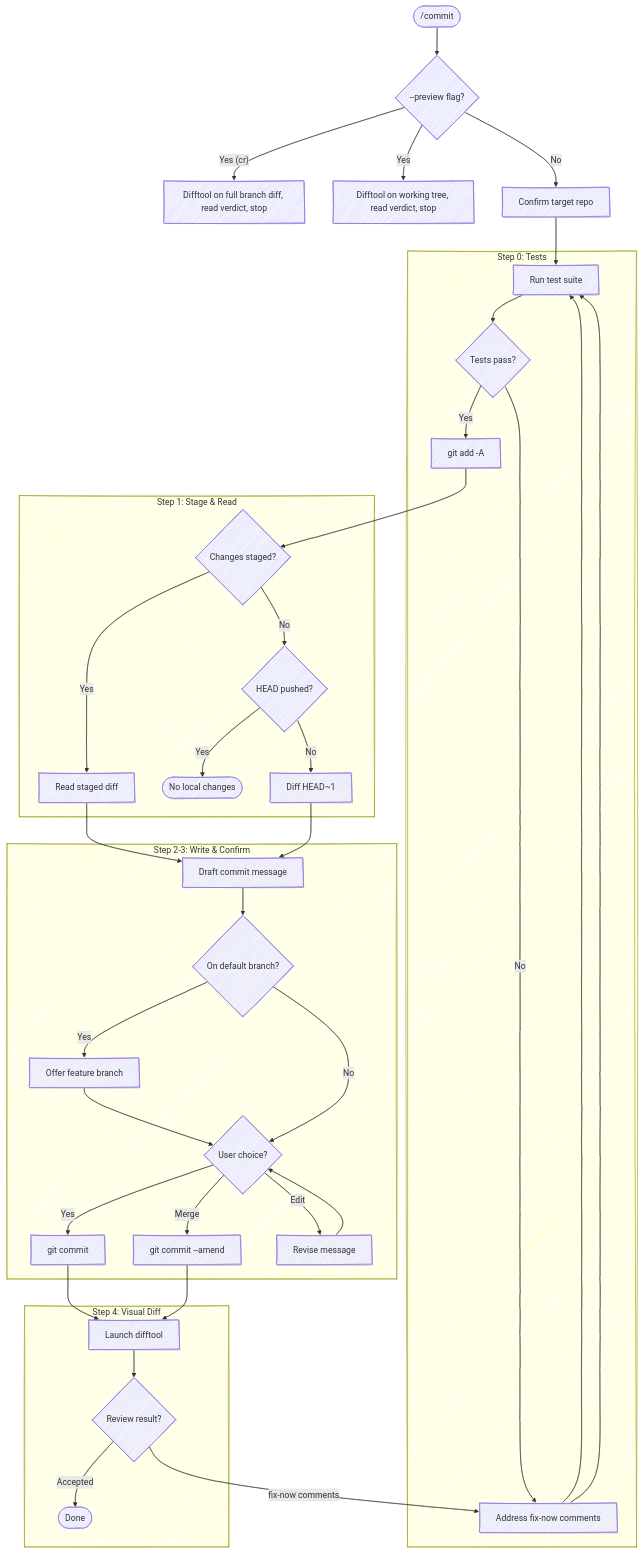
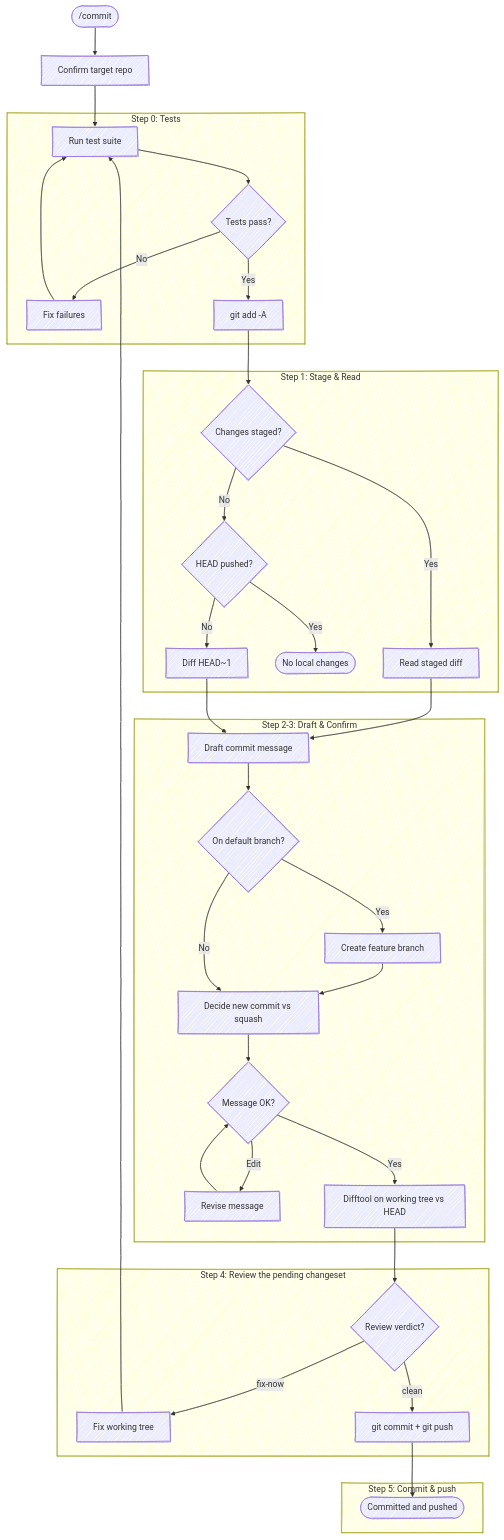
One commit to chris-peterson/anchor changed the diagram in skills/commit/SKILL.md. Above: the diagram before and after it, drawn with Mermaid. The commit also changed other lines of this file and 3 other files, not shown here.

````diff
--- a/skills/commit/SKILL.md
+++ b/skills/commit/SKILL.md
@@ -12,41 +12,40 @@
 ```mermaid
 %%{ init: { 'look': 'handDrawn' } }%%
 flowchart TD
-    Start(["/commit"]) --> Preview{"--preview flag?"}
-    Preview -->|"Yes (cr)"| PreviewFull["Difftool on full branch diff, read verdict, stop"]
-    Preview -->|Yes| PreviewDiff["Difftool on working tree, read verdict, stop"]
-    Preview -->|No| Repo["Confirm target repo"] --> Tests
+    Start(["/commit"]) --> Repo["Confirm target repo"] --> Tests
 
     subgraph "Step 0: Tests"
         Tests["Run test suite"] --> TestResult{Tests pass?}
-        TestResult -->|No| Fix["Fix failures"] --> Tests
+        TestResult -->|No| FixTests["Fix failures"] --> Tests
         TestResult -->|Yes| Stage
     end
 
     subgraph "Step 1: Stage & Read"
         Stage["git add -A"] --> Staged{Changes staged?}
         Staged -->|Yes| ReadDiff["Read staged diff"]
         Staged -->|No| CheckHead{HEAD pushed?}
         CheckHead -->|Yes| Stop([No local changes])
         CheckHead -->|No| ReadHead["Diff HEAD~1"]
     end
 
-    subgraph "Step 2-3: Write & Confirm"
+    subgraph "Step 2-3: Draft & Confirm"
         ReadDiff --> Draft["Draft commit message"]
         ReadHead --> Draft
         Draft --> OnDefault{On default branch?}
-        OnDefault -->|Yes| Branch["Offer feature branch"] --> Confirm
-        OnDefault -->|No| Confirm{User choice?}
-        Confirm -->|Yes| Commit["git commit"]
-        Confirm -->|Merge| Amend["git commit --amend"]
+        OnDefault -->|Yes| Branch["Create feature branch"] --> Shape
+        OnDefault -->|No| Shape["Decide new commit vs squash"]
+        Shape --> Confirm{Message OK?}
         Confirm -->|Edit| Revise["Revise message"] --> Confirm
+        Confirm -->|Yes| ReviewStep
     end
 
-    subgraph "Step 4: Visual Diff"
-        Commit --> DiffTool["Launch difftool"]
-        Amend --> DiffTool
-        DiffTool --> Review{Review result?}
-        Review -->|Accepted| Done([Done])
-        Review -->|fix-now comments| Fix["Address fix-now comments"] --> Tests
+    subgraph "Step 4: Review the pending changeset"
+        ReviewStep["Difftool on working tree vs HEAD"] --> Review{Review verdict?}
+        Review -->|fix-now| FixReview["Fix working tree"] --> Tests
+        Review -->|clean| CommitPush
+    end
+
+    subgraph "Step 5: Commit & push"
+        CommitPush["git commit + git push"] --> Done([Committed and pushed])
     end
 ```
````
